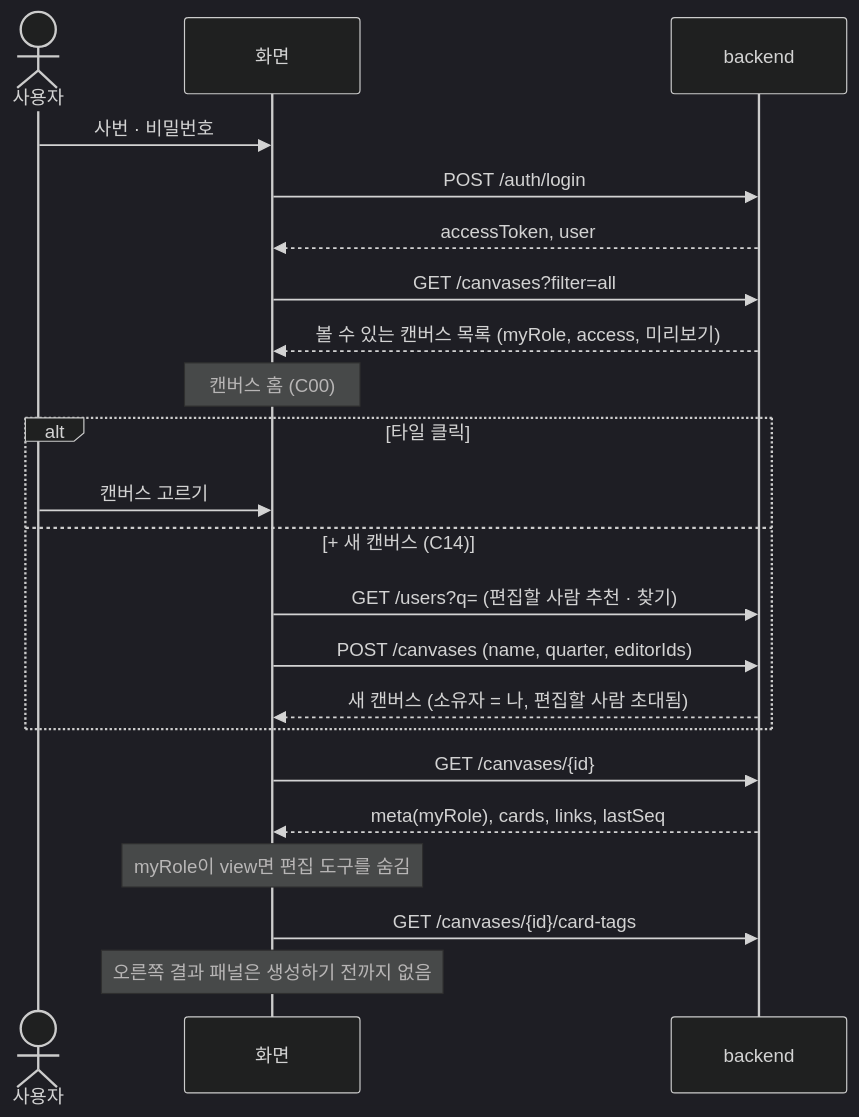
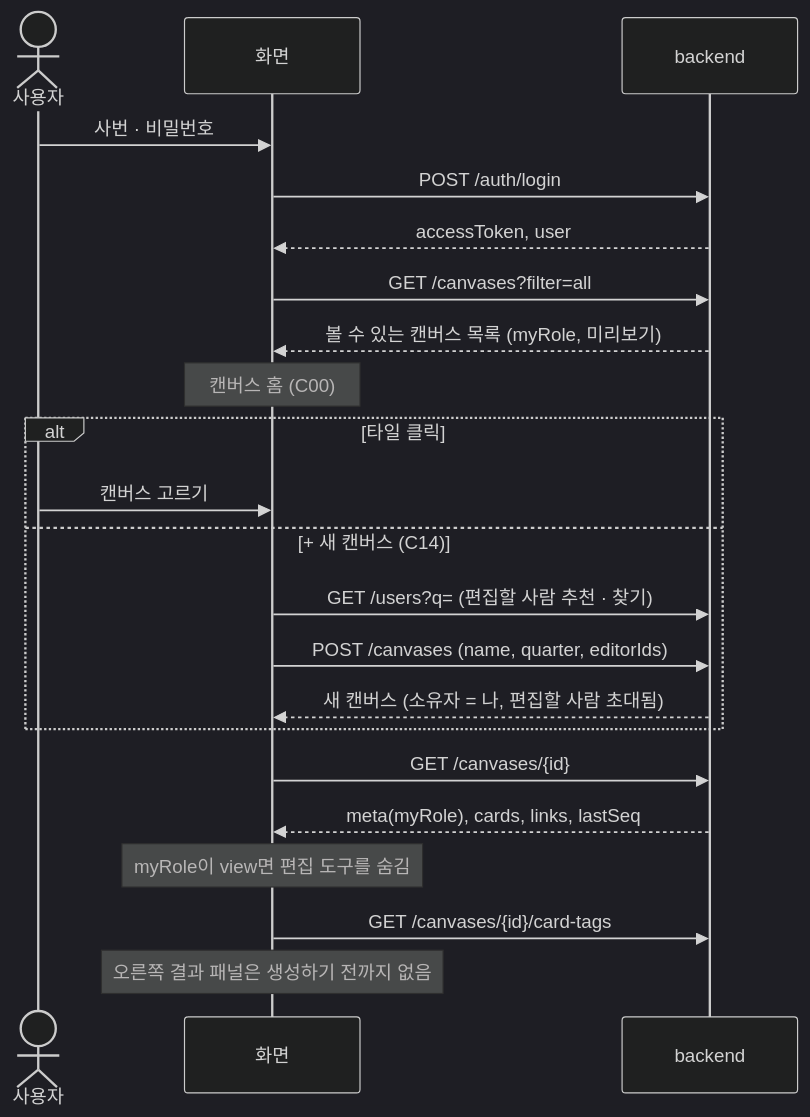
The second of 7 diagrams in docs/frontend/api-diagram.md (vamos-team/telescope), drawn with Mermaid (dark theme) before and after one commit. The commit also changed other lines of this file and 3 other files, not shown here.

````diff
--- a/docs/frontend/api-diagram.md
+++ b/docs/frontend/api-diagram.md
@@ -53,25 +53,25 @@
 ```mermaid
 sequenceDiagram
   actor U as 사용자
   participant F as 화면
   participant B as backend
 
   U->>F: 사번 · 비밀번호
   F->>B: POST /auth/login
   B-->>F: accessToken, user
   F->>B: GET /canvases?filter=all
-  B-->>F: 볼 수 있는 캔버스 목록 (myRole, access, 미리보기)
+  B-->>F: 볼 수 있는 캔버스 목록 (myRole, 미리보기)
   Note over F: 캔버스 홈 (C00)
   alt 타일 클릭
     U->>F: 캔버스 고르기
   else + 새 캔버스 (C14)
     F->>B: GET /users?q= (편집할 사람 추천 · 찾기)
     F->>B: POST /canvases (name, quarter, editorIds)
     B-->>F: 새 캔버스 (소유자 = 나, 편집할 사람 초대됨)
   end
   F->>B: GET /canvases/{id}
   B-->>F: meta(myRole), cards, links, lastSeq
   Note over F: myRole이 view면 편집 도구를 숨김
   F->>B: GET /canvases/{id}/card-tags
   Note over F: 오른쪽 결과 패널은 생성하기 전까지 없음
 ```
````
